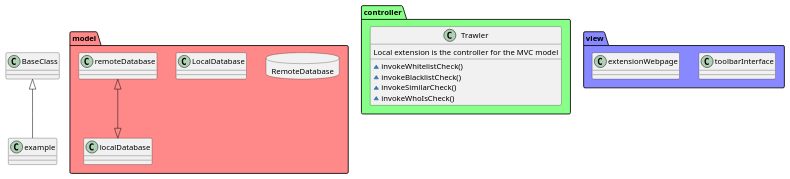
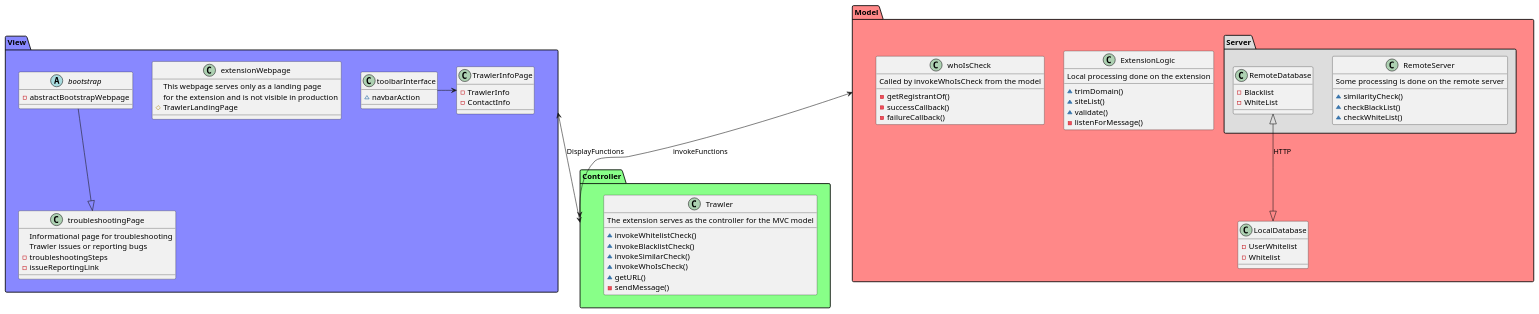
Before and after one commit to melbing1/Trawler: the diagram in MVC.wsd, drawn with PlantUML. The commit also changed 1 other file, not shown here.

Commit message:
Mostly complete box and line graph and the output

```diff
--- a/MVC.wsd
+++ b/MVC.wsd
@@ -1,30 +1,81 @@
 @startuml MVC
 
 allowmixing
 
-namespace model #FF8888 {
-    database RemoteDatabase
-    class LocalDatabase
-    remoteDatabase <|--|> localDatabase
+namespace Model #FF8888 {
+    namespace Server #DDDDDD {
+        class RemoteServer {
+            Some processing is done on the remote server
+            ~similarityCheck()
+            ~checkBlackList()
+            ~checkWhiteList()
+        }
+        class RemoteDatabase {
+            -Blacklist
+            -WhiteList
+        }
+    }
+    class LocalDatabase {
+        -UserWhitelist
+        -Whitelist
+    }
+    Model.Server.RemoteDatabase <|--|> Model.LocalDatabase: HTTP
+    
+    class ExtensionLogic {
+        Local processing done on the extension
+        ~trimDomain()
+        ~siteList()
+        ~validate()
+        -listenForMessage()
+    }
+    class whoIsCheck {
+        Called by invokeWhoIsCheck from the model
+        -getRegistrantOf()
+        -successCallback()
+        -failureCallback()
+    }
 }
 
-namespace controller #88FF88{
+namespace Controller #88FF88{
     class Trawler {
-        Local extension is the controller for the MVC model
+        The extension serves as the controller for the MVC model
         ~invokeWhitelistCheck()
         ~invokeBlacklistCheck()
         ~invokeSimilarCheck()
         ~invokeWhoIsCheck()
+        ~getURL()
+        -sendMessage()
     }
 }
 
-namespace view #8888FF {
-    class toolbarInterface
-    class extensionWebpage
+namespace View #8888FF {
+    class toolbarInterface {
+        ~navbarAction
+    }
+    class TrawlerInfoPage {
+        -TrawlerInfo
+        -ContactInfo
+    }
+    class extensionWebpage {
+        This webpage serves only as a landing page
+        for the extension and is not visible in production
+        #TrawlerLandingPage
+    }
+    class troubleshootingPage {
+        Informational page for troubleshooting
+        Trawler issues or reporting bugs
+        -troubleshootingSteps
+        -issueReportingLink
+    }
+    abstract bootstrap {
+        -abstractBootstrapWebpage
+    }
+
+    toolbarInterface -> TrawlerInfoPage
+    bootstrap --|> troubleshootingPage
 }
 
-
-
-BaseClass <|-- example
+Model <--> Controller: invokeFunctions
+View <--> Controller: DisplayFunctions
 
 @enduml
```
